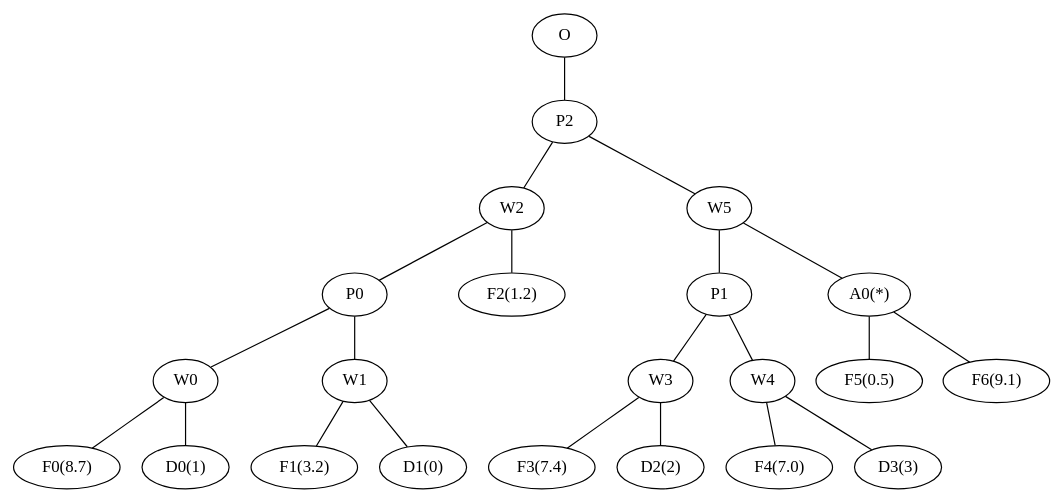
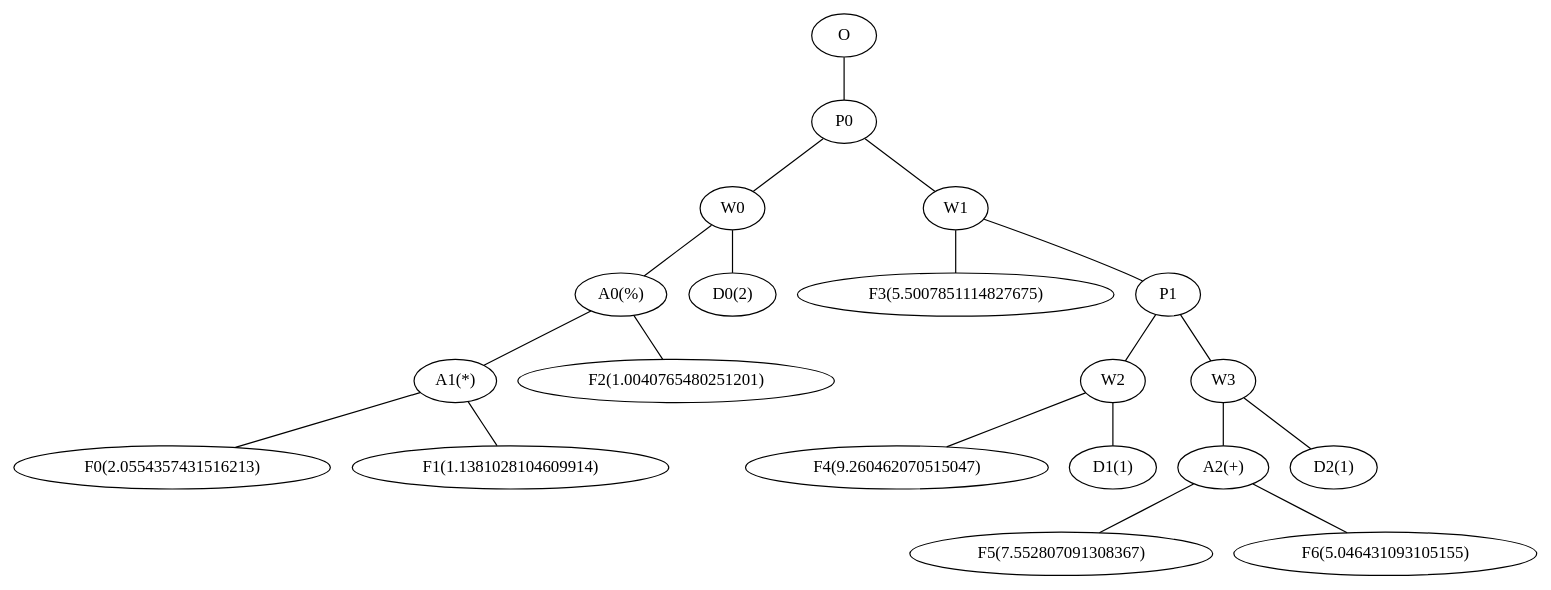
One commit to viniciusarruda/EnhancedGONN changed the diagram in source/graphviz-output/tree.gv. Above: the diagram before and after it, drawn with Graphviz. The commit also changed 5 other files, not shown here.

```diff
--- a/source/graphviz-output/tree.gv
+++ b/source/graphviz-output/tree.gv
@@ -1,46 +1,42 @@
 // Tree
 graph {
-	"F0(8.7)" [label="F0(8.7)"]
-	"D0(1)" [label="D0(1)"]
+	O [label=O]
+	P0 [label=P0]
+	O -- P0
 	W0 [label=W0]
-	W0 -- "F0(8.7)"
-	W0 -- "D0(1)"
-	"F1(3.2)" [label="F1(3.2)"]
-	"D1(0)" [label="D1(0)"]
+	P0 -- W0
+	"A0(%)" [label="A0(%)"]
+	W0 -- "A0(%)"
+	"A1(*)" [label="A1(*)"]
+	"A0(%)" -- "A1(*)"
+	"F0(2.0554357431516213)" [label="F0(2.0554357431516213)"]
+	"A1(*)" -- "F0(2.0554357431516213)"
+	"F1(1.1381028104609914)" [label="F1(1.1381028104609914)"]
+	"A1(*)" -- "F1(1.1381028104609914)"
+	"F2(1.0040765480251201)" [label="F2(1.0040765480251201)"]
+	"A0(%)" -- "F2(1.0040765480251201)"
+	"D0(2)" [label="D0(2)"]
+	W0 -- "D0(2)"
 	W1 [label=W1]
-	W1 -- "F1(3.2)"
-	W1 -- "D1(0)"
-	P0 [label=P0]
 	P0 -- W1
-	P0 -- W0
-	"F2(1.2)" [label="F2(1.2)"]
+	"F3(5.5007851114827675)" [label="F3(5.5007851114827675)"]
+	W1 -- "F3(5.5007851114827675)"
+	P1 [label=P1]
+	W1 -- P1
 	W2 [label=W2]
-	W2 -- "F2(1.2)"
-	W2 -- P0
-	"F3(7.4)" [label="F3(7.4)"]
-	"D2(2)" [label="D2(2)"]
+	P1 -- W2
+	"F4(9.260462070515047)" [label="F4(9.260462070515047)"]
+	W2 -- "F4(9.260462070515047)"
+	"D1(1)" [label="D1(1)"]
+	W2 -- "D1(1)"
 	W3 [label=W3]
-	W3 -- "F3(7.4)"
-	W3 -- "D2(2)"
-	"F4(7.0)" [label="F4(7.0)"]
-	"D3(3)" [label="D3(3)"]
-	W4 [label=W4]
-	W4 -- "F4(7.0)"
-	W4 -- "D3(3)"
-	P1 [label=P1]
 	P1 -- W3
-	P1 -- W4
-	"F5(0.5)" [label="F5(0.5)"]
-	"F6(9.1)" [label="F6(9.1)"]
-	"A0(*)" [label="A0(*)"]
-	"A0(*)" -- "F5(0.5)"
-	"A0(*)" -- "F6(9.1)"
-	W5 [label=W5]
-	W5 -- "A0(*)"
-	W5 -- P1
-	P2 [label=P2]
-	P2 -- W5
-	P2 -- W2
-	O [label=O]
-	O -- P2
+	"A2(+)" [label="A2(+)"]
+	W3 -- "A2(+)"
+	"F5(7.552807091308367)" [label="F5(7.552807091308367)"]
+	"A2(+)" -- "F5(7.552807091308367)"
+	"F6(5.046431093105155)" [label="F6(5.046431093105155)"]
+	"A2(+)" -- "F6(5.046431093105155)"
+	"D2(1)" [label="D2(1)"]
+	W3 -- "D2(1)"
 }
```
